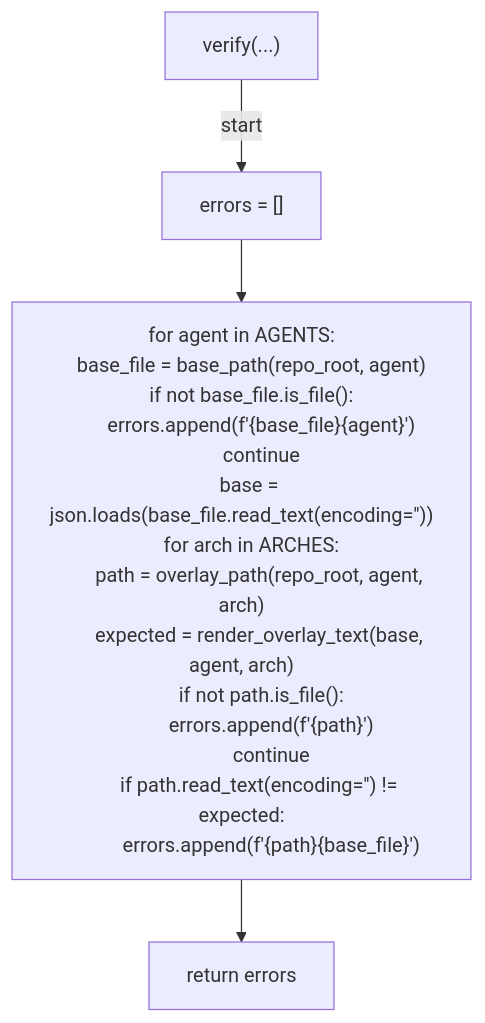
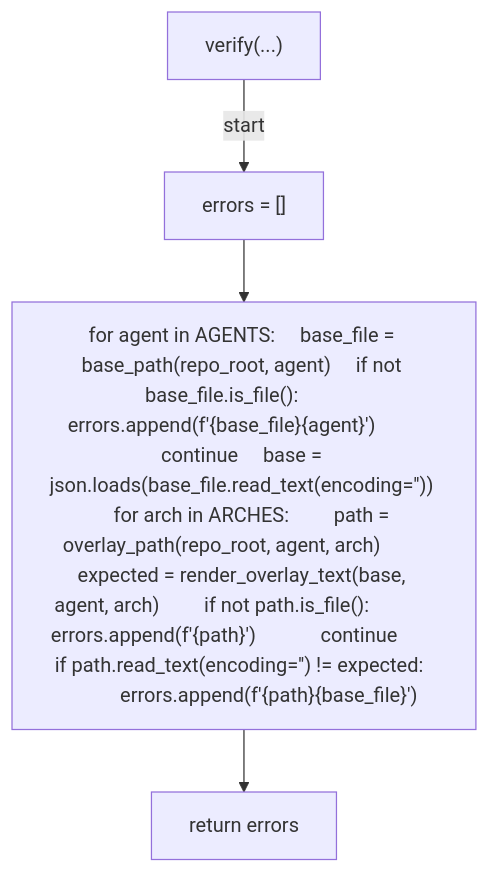
The seventh of 10 diagrams in docs/generated/scripts/ast/generate_devcontainer_arch_overlays.md (tvna/claude-md), drawn with Mermaid before and after one commit. The commit also changed other lines of this file and 30 other files, not shown here.

First line of the commit message:
docs(generated): regenerate decision tree and workflow diagrams (batch 2/5)

````diff
--- a/docs/generated/scripts/ast/generate_devcontainer_arch_overlays.md
+++ b/docs/generated/scripts/ast/generate_devcontainer_arch_overlays.md
@@ -113,23 +103,10 @@
 ```mermaid
 flowchart TD
     N001["verify(...)"]
     N002["errors = []"]
-    N003["for agent in AGENTS:
-    base_file = base_path(repo_root, agent)
-    if not base_file.is_file():
-        errors.append(f'<str>{base_file}<str>{agent}<str>')
-        continue
-    base = json.loads(base_file.read_text(encoding='<str>'))
-    for arch in ARCHES:
-        path = overlay_path(repo_root, agent, arch)
-        expected = render_overlay_text(base, agent, arch)
-        if not path.is_file():
-            errors.append(f'<str>{path}<str>')
-            continue
-        if path.read_text(encoding='<str>') != expected:
-            errors.append(f'<str>{path}<str>{base_file}<str>')"]
+    N003["for agent in AGENTS:     base_file = base_path(repo_root, agent)     if not base_file.is_file():         errors.append(f'<str>{base_file}<str>{agent}<str>')         continue     base = json.loads(base_file.read_text(encoding='<str>'))     for arch in ARCHES:         path = overlay_path(repo_root, agent, arch)         expected = render_overlay_text(base, agent, arch)         if not path.is_file():             errors.append(f'<str>{path}<str>')             continue         if path.read_text(encoding='<str>') != expected:             errors.append(f'<str>{path}<str>{base_file}<str>')"]
     N004["return errors"]
     N001 -->|"start"| N002
     N002 --> N003
     N003 --> N004
 ```
````
